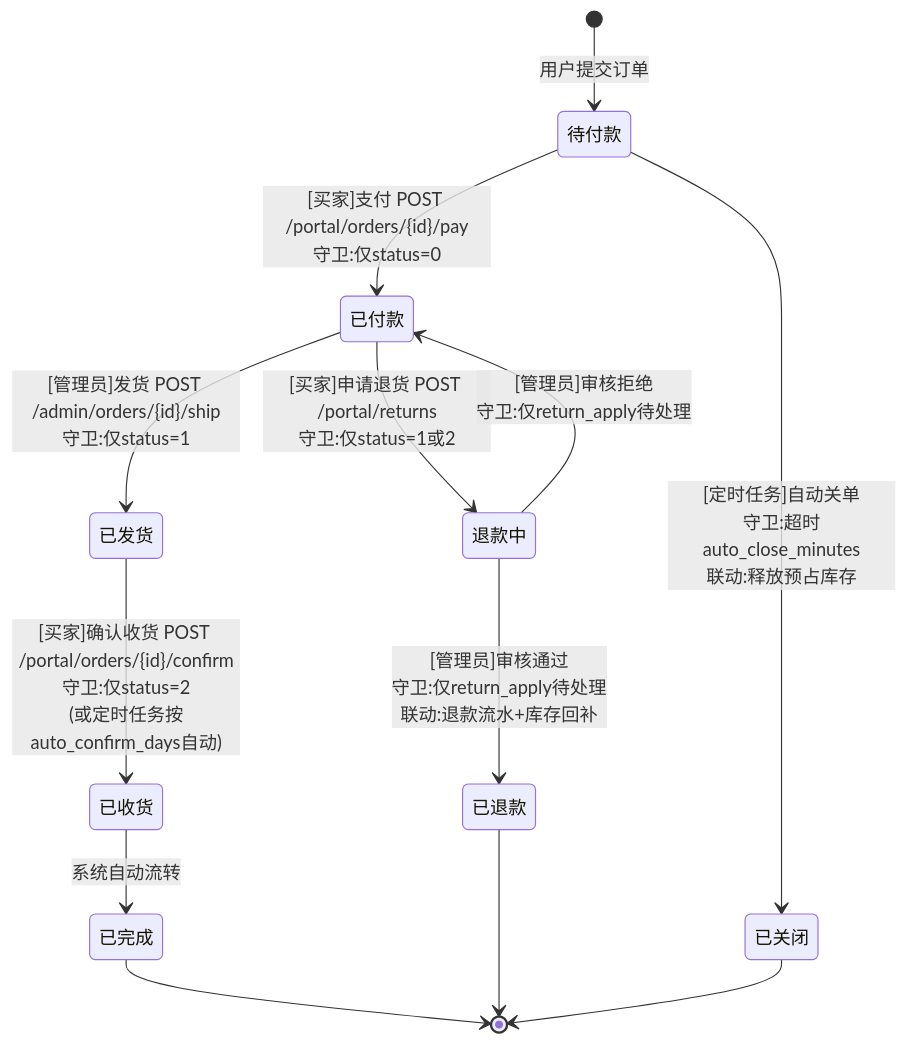
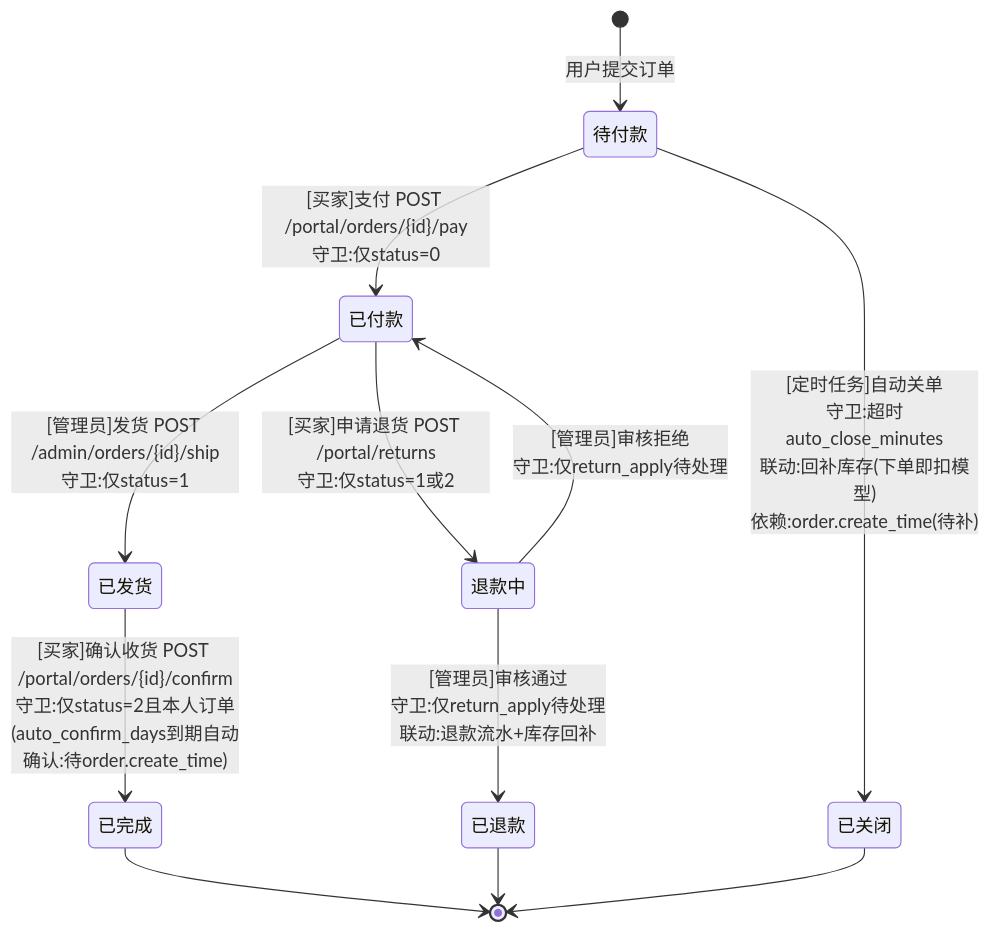
The diagram in docs/flows/14-订单状态图.mmd (zzy-repo/qiqi-mall), drawn with Mermaid before and after one commit. The commit also changed 56 other files, not shown here.

Commit message:
feat: 图片上传(MinIO链路) + 死锁重试与幂等令牌 + 订单号并发唯一 + C端订单分页 + docs 同步

```diff
--- a/docs/flows/14-订单状态图.mmd
+++ b/docs/flows/14-订单状态图.mmd
@@ -1,13 +1,12 @@
 stateDiagram-v2
     [*] --> 待付款 : 用户提交订单
     待付款 --> 已付款 : [买家]支付 POST /portal/orders/{id}/pay<br/>守卫:仅status=0
-    待付款 --> 已关闭 : [定时任务]自动关单<br/>守卫:超时auto_close_minutes<br/>联动:释放预占库存
+    待付款 --> 已关闭 : [定时任务]自动关单<br/>守卫:超时auto_close_minutes<br/>联动:回补库存(下单即扣模型)<br/>依赖:order.create_time(待补)
     已付款 --> 已发货 : [管理员]发货 POST /admin/orders/{id}/ship<br/>守卫:仅status=1
     已付款 --> 退款中 : [买家]申请退货 POST /portal/returns<br/>守卫:仅status=1或2
-    已发货 --> 已收货 : [买家]确认收货 POST /portal/orders/{id}/confirm<br/>守卫:仅status=2<br/>(或定时任务按auto_confirm_days自动)
-    已收货 --> 已完成 : 系统自动流转
+    已发货 --> 已完成 : [买家]确认收货 POST /portal/orders/{id}/confirm<br/>守卫:仅status=2且本人订单<br/>(auto_confirm_days到期自动确认:待order.create_time)
     已完成 --> [*]
     已关闭 --> [*]
     退款中 --> 已退款 : [管理员]审核通过<br/>守卫:仅return_apply待处理<br/>联动:退款流水+库存回补
     退款中 --> 已付款 : [管理员]审核拒绝<br/>守卫:仅return_apply待处理
     已退款 --> [*]
```
